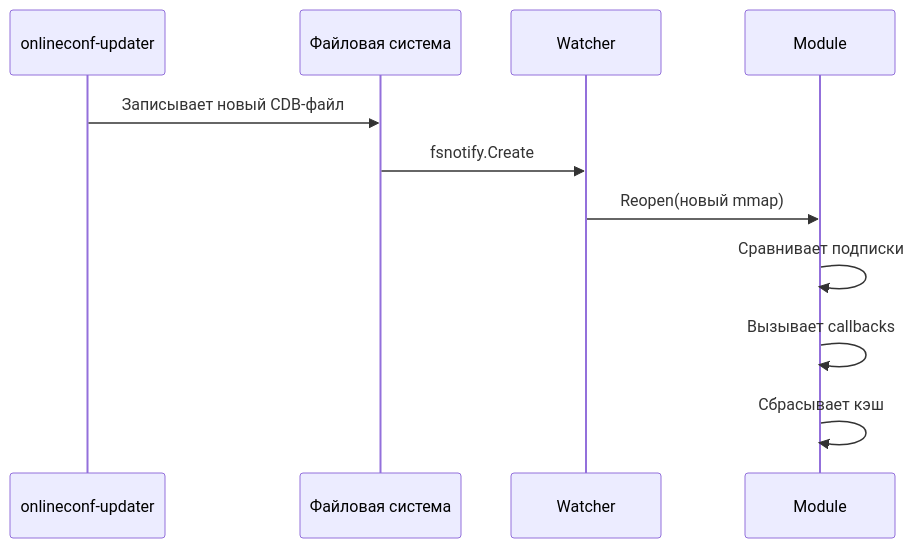
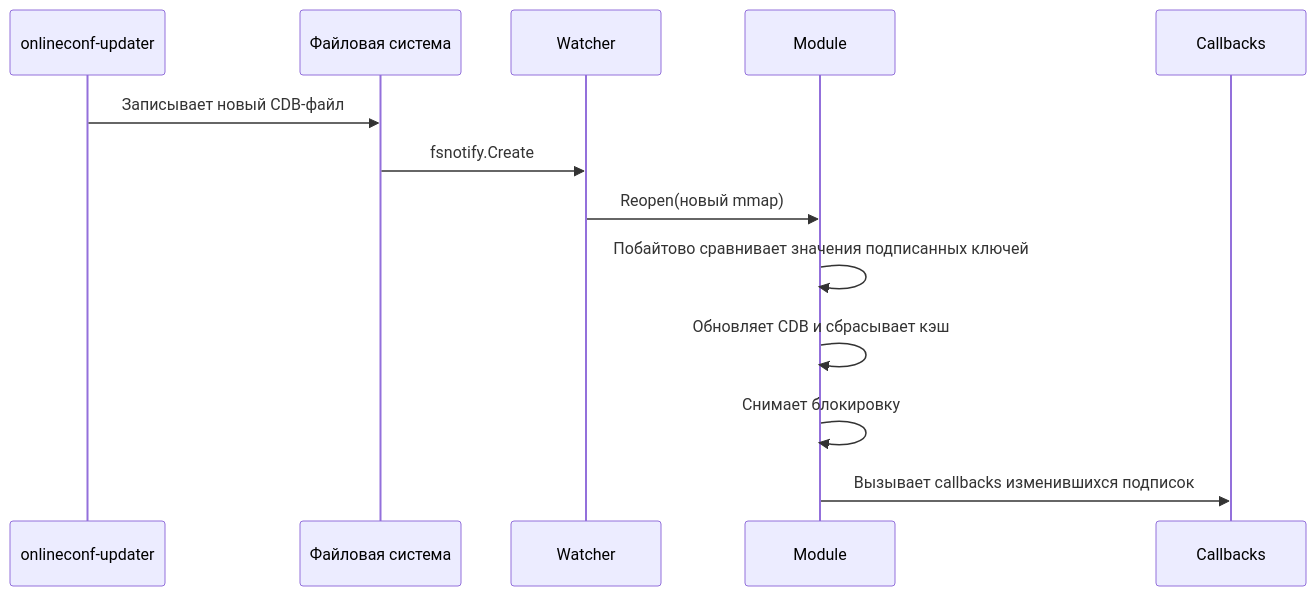
Before and after one commit to Educentr/go-onlineconf: the diagram in docs/architecture/watcher.md, drawn with Mermaid. The commit also changed other lines of this file and 3 other files, not shown here.

````diff
--- a/docs/architecture/watcher.md
+++ b/docs/architecture/watcher.md
@@ -52,14 +93,16 @@
 ```mermaid
 sequenceDiagram
     participant U as onlineconf-updater
     participant FS as Файловая система
     participant W as Watcher
     participant M as Module
+    participant CB as Callbacks
 
     U->>FS: Записывает новый CDB-файл
     FS->>W: fsnotify.Create
     W->>M: Reopen(новый mmap)
-    M->>M: Сравнивает подписки
-    M->>M: Вызывает callbacks
-    M->>M: Сбрасывает кэш
+    M->>M: Побайтово сравнивает значения подписанных ключей
+    M->>M: Обновляет CDB и сбрасывает кэш
+    M->>M: Снимает блокировку
+    M->>CB: Вызывает callbacks изменившихся подписок
 ```
````
